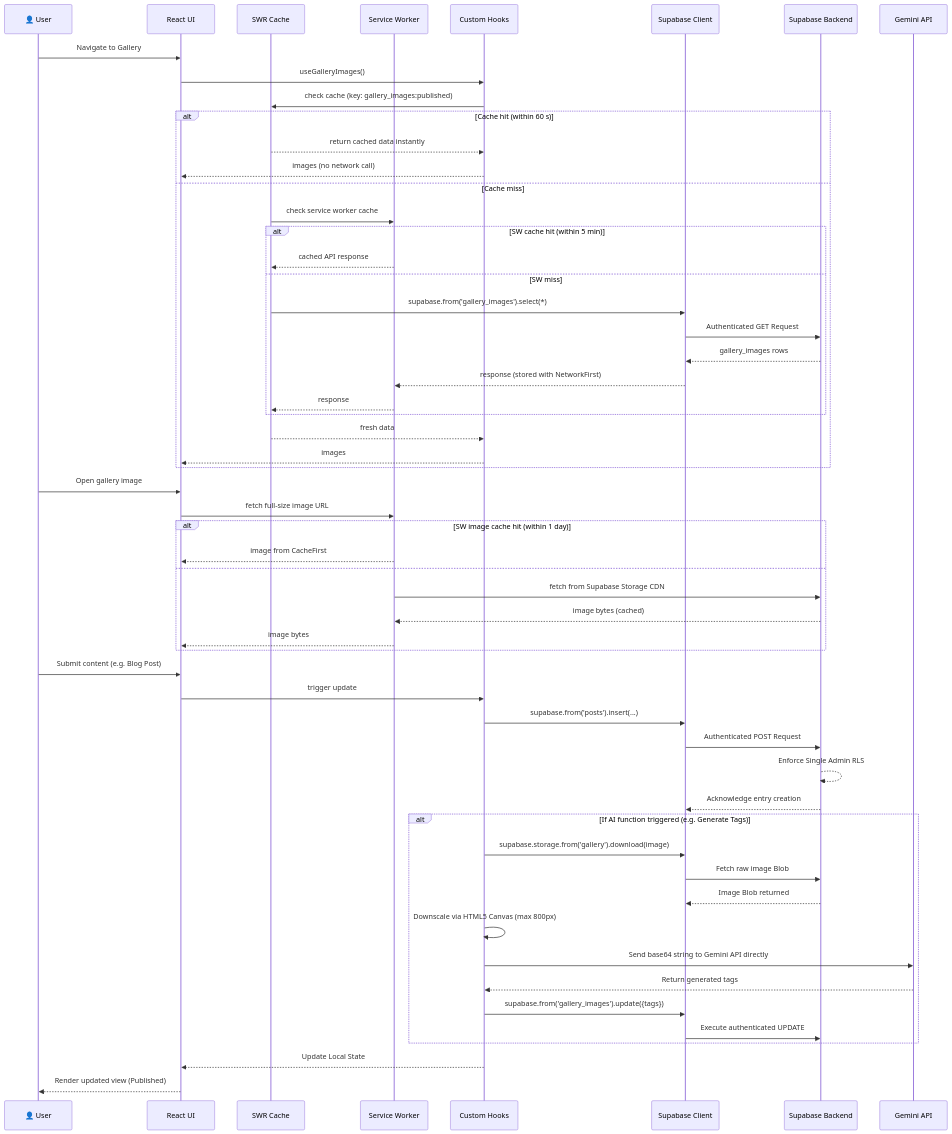
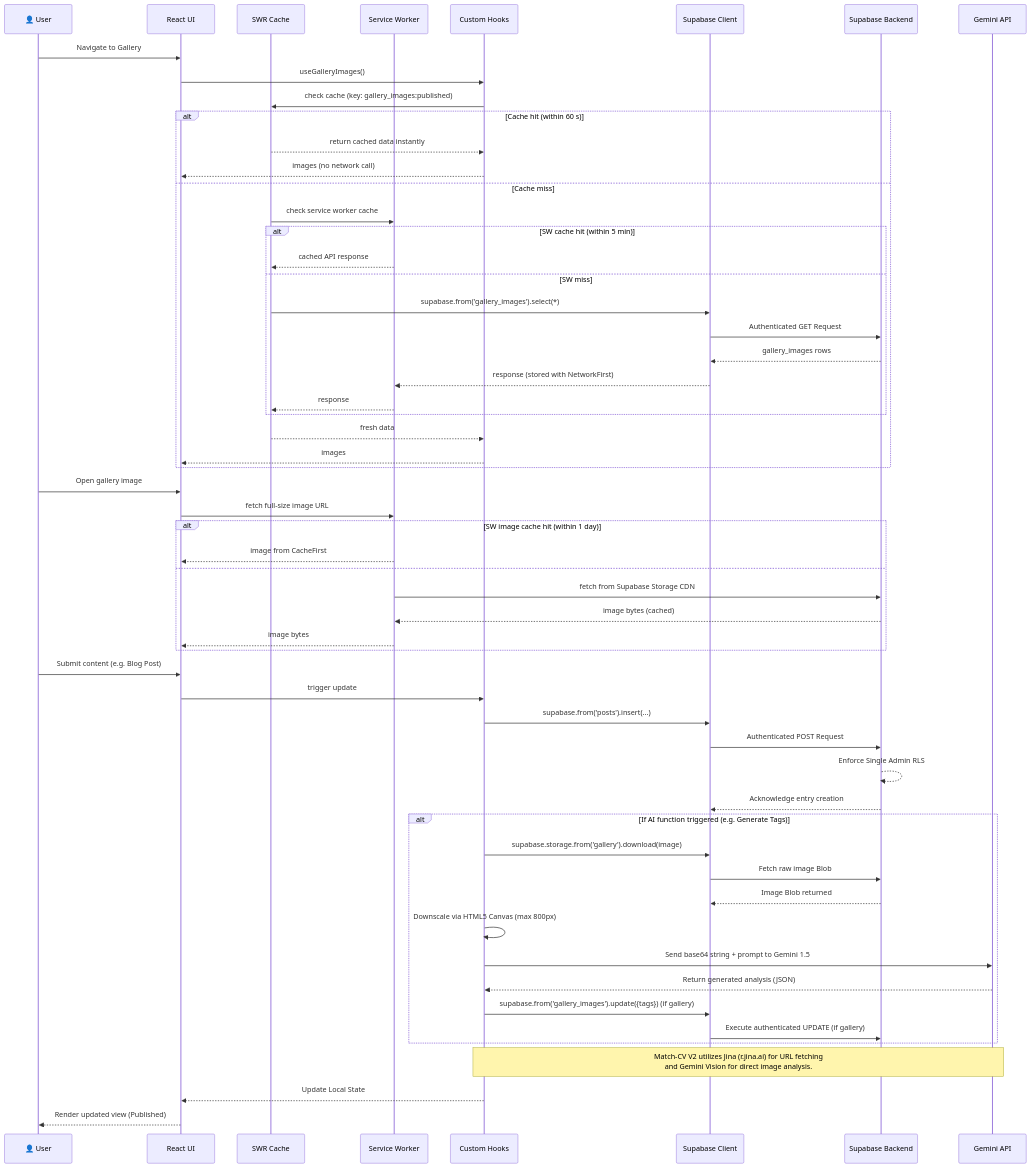
The second of 2 diagrams in documentation/ARCHITECTURE.md (nrajesh/dew-drops), drawn with Mermaid before and after one commit. The commit also changed 4 other files, not shown here.

Commit message:
docs: update README, architecture, and feature specs for Match-CV V2

````diff
--- a/documentation/ARCHITECTURE.md
+++ b/documentation/ARCHITECTURE.md
@@ -85,63 +85,65 @@
 ```mermaid
 sequenceDiagram
     participant U as 👤 User
     participant UI as React UI
     participant SWR as SWR Cache
     participant SW as Service Worker
     participant Hook as Custom Hooks
     participant SBC as Supabase Client
     participant API as Supabase Backend
     participant AI as Gemini API
 
     U->>UI: Navigate to Gallery
     UI->>Hook: useGalleryImages()
     Hook->>SWR: check cache (key: gallery_images:published)
     alt Cache hit (within 60 s)
         SWR-->>Hook: return cached data instantly
         Hook-->>UI: images (no network call)
     else Cache miss
         SWR->>SW: check service worker cache
         alt SW cache hit (within 5 min)
             SW-->>SWR: cached API response
         else SW miss
             SWR->>SBC: supabase.from('gallery_images').select(*)
             SBC->>API: Authenticated GET Request
             API-->>SBC: gallery_images rows
             SBC-->>SW: response (stored with NetworkFirst)
             SW-->>SWR: response
         end
         SWR-->>Hook: fresh data
         Hook-->>UI: images
     end
 
     U->>UI: Open gallery image
     UI->>SW: fetch full-size image URL
     alt SW image cache hit (within 1 day)
         SW-->>UI: image from CacheFirst
     else
         SW->>API: fetch from Supabase Storage CDN
         API-->>SW: image bytes (cached)
         SW-->>UI: image bytes
     end
 
     U->>UI: Submit content (e.g. Blog Post)
     UI->>Hook: trigger update
     Hook->>SBC: supabase.from('posts').insert(...)
     SBC->>API: Authenticated POST Request
     API-->>API: Enforce Single Admin RLS
     API-->>SBC: Acknowledge entry creation
     
     alt If AI function triggered (e.g. Generate Tags)
         Hook->>SBC: supabase.storage.from('gallery').download(image)
         SBC->>API: Fetch raw image Blob
         API-->>SBC: Image Blob returned
         Hook->>Hook: Downscale via HTML5 Canvas (max 800px)
-        Hook->>AI: Send base64 string to Gemini API directly
-        AI-->>Hook: Return generated tags
-        Hook->>SBC: supabase.from('gallery_images').update({tags})
-        SBC->>API: Execute authenticated UPDATE
+        Hook->>AI: Send base64 string + prompt to Gemini 1.5
+        AI-->>Hook: Return generated analysis (JSON)
+        Hook->>SBC: supabase.from('gallery_images').update({tags}) (if gallery)
+        SBC->>API: Execute authenticated UPDATE (if gallery)
     end
+
+    Note over Hook, AI: Match-CV V2 utilizes Jina (r.jina.ai) for URL fetching<br/>and Gemini Vision for direct image analysis.
     
     Hook-->>UI: Update Local State
     UI-->>U: Render updated view (Published)
 ```
````
